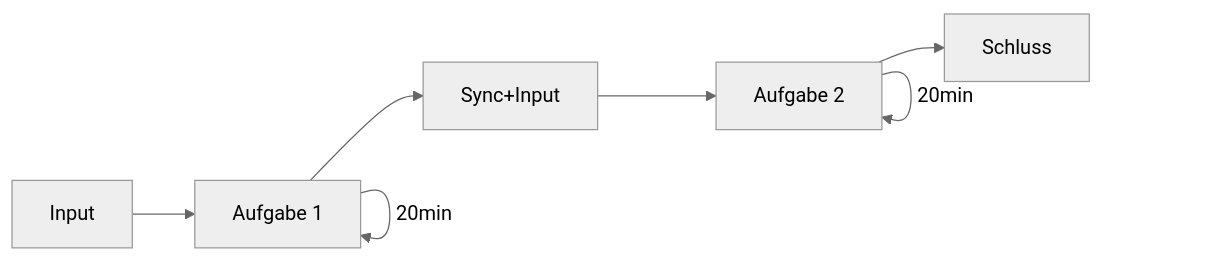
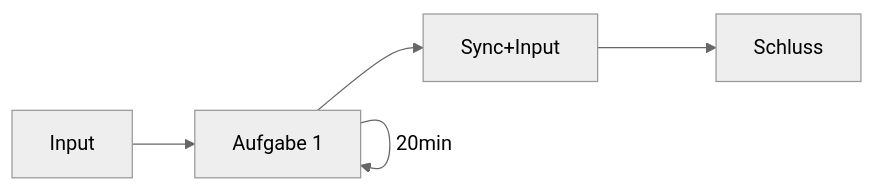
Before and after one commit to finnge/vi-interaction-workshop: the diagram in README.md, drawn with Mermaid (neutral theme). The commit also changed other lines of this file, not shown here.

````diff
--- a/README.md
+++ b/README.md
@@ -12,10 +12,8 @@
 ```mermaid
 flowchart LR
-  Input --> h1["Aufgabe 1"] --> sync1["Sync+Input"] --> h2["Aufgabe 2"]
+  Input --> h1["Aufgabe 1"] --> sync1["Sync+Input"]
 
   h1 -- 20min --> h1
 
-  h2 -- 20min --> h2
-
-  h2 --> Schluss
+  sync1 --> Schluss
 ```
````
